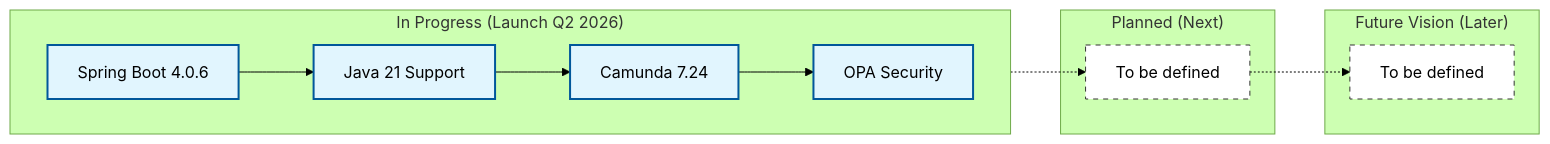
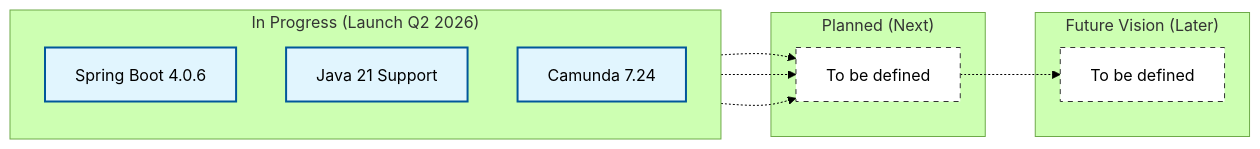
One commit to wkspower/wks-platform changed the diagram in apps/react/docs/docs/roadmap.md. Above: the diagram before and after it, drawn with Mermaid (forest theme). The commit also changed other lines of this file, not shown here.

Commit message:
docs(portal): add platform roadmap to documentation
Introduces a new Roadmap section using Mermaid flowcharts to visualize our Q2 2026 deliverables (Spring Boot 4, Java 21, Camunda 7.24) and lays the foundation for future planning phases.

````diff
--- a/apps/react/docs/docs/roadmap.md
+++ b/apps/react/docs/docs/roadmap.md
@@ -13,30 +11,32 @@
 ```mermaid
 graph LR
     %% Stage 1: In Progress
     subgraph "In Progress (Launch Q2 2026)"
-        direction LR
-        A[Spring Boot 4.0.6] --> B[Java 21 Support]
-        B --> C[Camunda 7.24]
-        C --> D[OPA Security]
+        direction TB
+        A[Spring Boot 4.0.6]
+        B[Java 21 Support]
+        C[Camunda 7.24]
     end
 
     %% Stage 2: Planned
     subgraph "Planned (Next)"
         TBD1[To be defined]
     end
 
     %% Stage 3: Future Vision
     subgraph "Future Vision (Later)"
         TBD2[To be defined]
     end
 
-    %% Logical Flow
-    D -.-> TBD1
+    %% Logical Flow connecting groups
+    A -.-> TBD1
+    B -.-> TBD1
+    C -.-> TBD1
     TBD1 -.-> TBD2
 
     %% Styling
     classDef inprogress fill:#e1f5fe,stroke:#01579b,stroke-width:2px;
     classDef planned fill:#fff,stroke:#333,stroke-width:1px,stroke-dasharray: 5 5;
-    class A,B,C,D inprogress;
+    class A,B,C inprogress;
     class TBD1,TBD2 planned;
 ```
````
